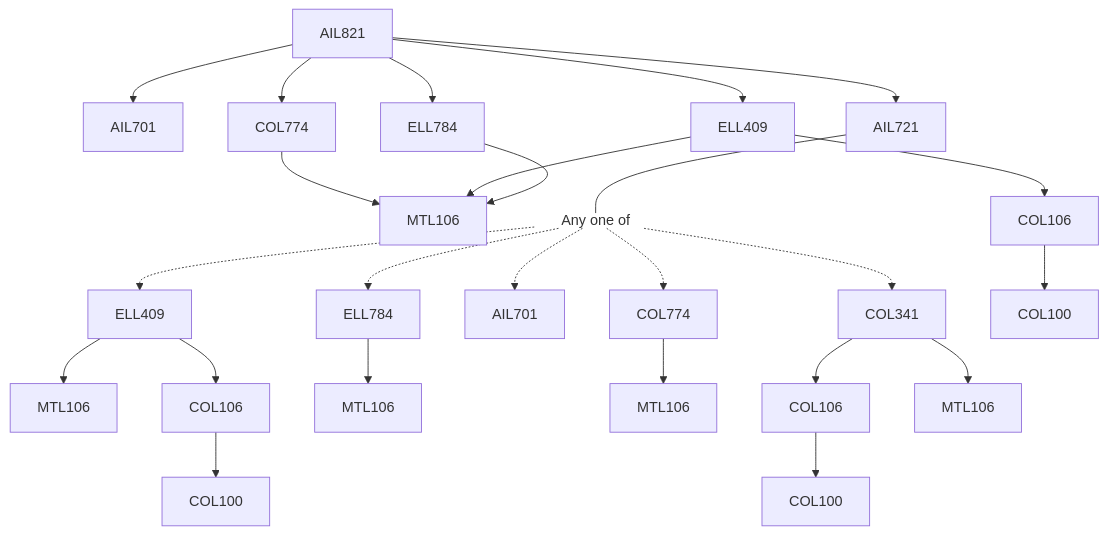
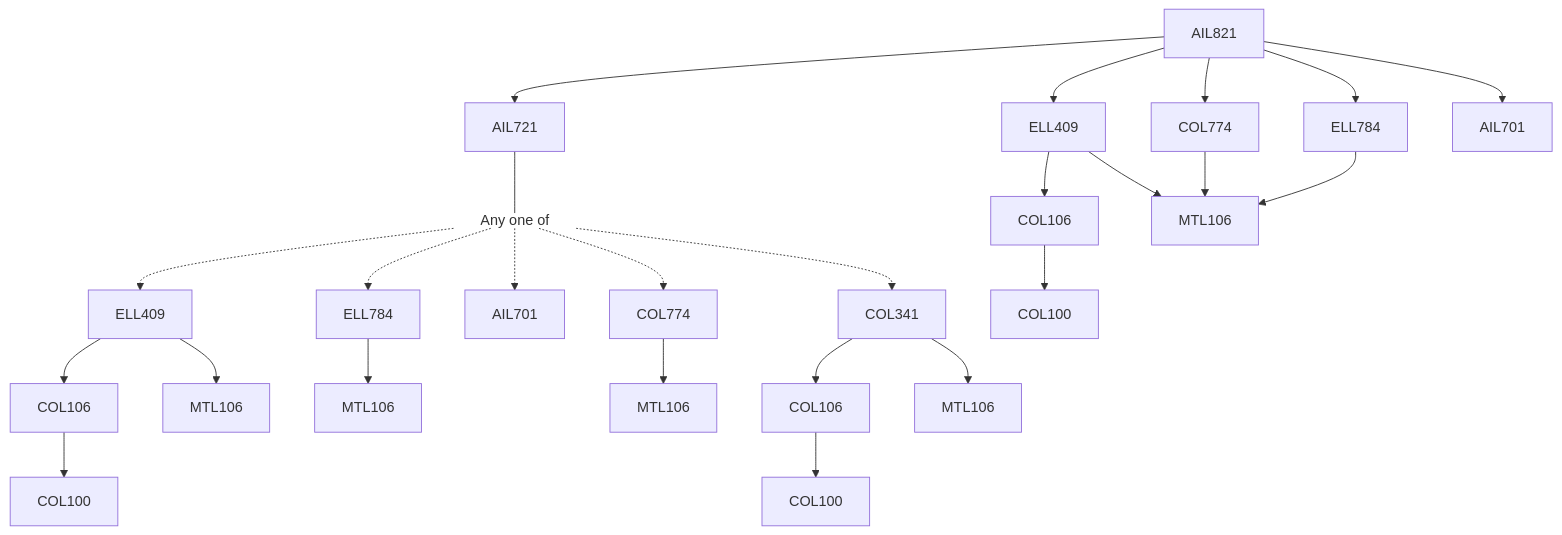
The diagram in content/School of Artificial Intelligence/AIL821.md (KeshavBansal0122/CoS_Website), drawn with Mermaid before and after one commit. The commit also changed other lines of this file and 2662 other files, not shown here.

````diff
--- a/content/School of Artificial Intelligence/AIL821.md
+++ b/content/School of Artificial Intelligence/AIL821.md
@@ -13,31 +13,31 @@
 ```mermaid
 flowchart TD
 AIL821-6[AIL821]
-AIL821-6 --> AIL701-6[AIL701]
+AIL821-6 --> AIL721-6[AIL721]
 AIL821-6 --> COL774-6[COL774]
-COL774-6 --> MTL106-6[MTL106]
-AIL821-6 --> AIL721-6[AIL721]
 AIL721-6 --- Or7[Any one of]:::empty
-Or7 -.-> ELL409-8[ELL409]
-ELL409-8 --> MTL106-8[MTL106]
 ELL409-8 --> COL106-8[COL106]
 COL106-8 --> COL100-8[COL100]
+ELL409-8 --> MTL106-8[MTL106]
+Or7 -.-> ELL409-8[ELL409]
+Or7 -.-> ELL784-9[ELL784]
 ELL784-9 --> MTL106-9[MTL106]
-Or7 -.-> ELL784-9[ELL784]
 Or7 -.-> AIL701-10[AIL701]
 Or7 -.-> COL774-11[COL774]
 COL774-11 --> MTL106-11[MTL106]
 COL341-12 --> COL106-12[COL106]
 Or7 -.-> COL341-12[COL341]
+COL341-12 --> MTL106-12[MTL106]
 COL106-12 --> COL100-12[COL100]
-COL341-12 --> MTL106-12[MTL106]
+AIL821-6 --> ELL409-6[ELL409]
+COL106-6 --> COL100-6[COL100]
+ELL409-6 --> MTL106-6[MTL106]
+AIL821-6 --> ELL784-6[ELL784]
 ELL409-6 --> COL106-6[COL106]
-ELL409-6 --> MTL106-6[MTL106]
-AIL821-6 --> ELL409-6[ELL409]
-AIL821-6 --> ELL784-6[ELL784]
-COL106-6 --> COL100-6[COL100]
+COL774-6 --> MTL106-6[MTL106]
+AIL821-6 --> AIL701-6[AIL701]
 ELL784-6 --> MTL106-6[MTL106]
 
 classDef empty height:17px, fill:transparent, stroke:transparent;
 classDef trueEmpty height:0px, width:0px;
 ```
````
